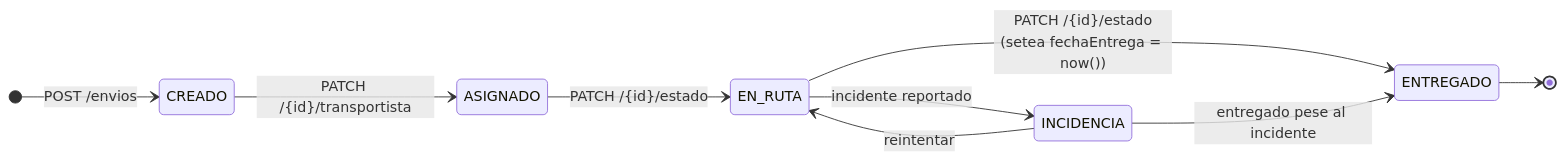
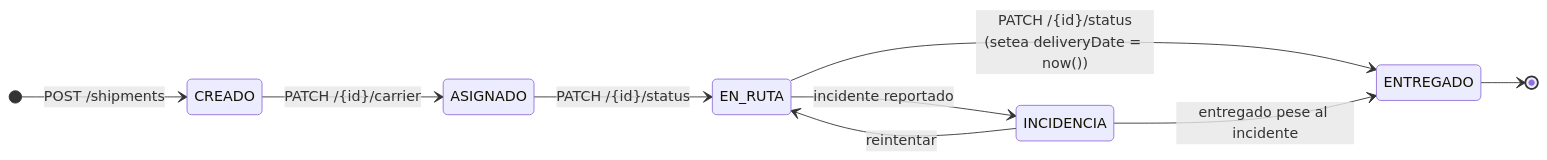
The second of 3 diagrams in backend/ms-shipping/README.md (smartLogixfs/smartlogixs), drawn with Mermaid before and after one commit. The commit also changed other lines of this file and 8 other files, not shown here.

````diff
--- a/backend/ms-shipping/README.md
+++ b/backend/ms-shipping/README.md
@@ -75,12 +95,12 @@
 ```mermaid
 stateDiagram-v2
     direction LR
-    [*] --> CREADO : POST /envios
-    CREADO --> ASIGNADO : PATCH /{id}/transportista
-    ASIGNADO --> EN_RUTA : PATCH /{id}/estado
-    EN_RUTA --> ENTREGADO : PATCH /{id}/estado<br/>(setea fechaEntrega = now())
+    [*] --> CREADO : POST /shipments
+    CREADO --> ASIGNADO : PATCH /{id}/carrier
+    ASIGNADO --> EN_RUTA : PATCH /{id}/status
+    EN_RUTA --> ENTREGADO : PATCH /{id}/status<br/>(setea deliveryDate = now())
     EN_RUTA --> INCIDENCIA : incidente reportado
     INCIDENCIA --> EN_RUTA : reintentar
     INCIDENCIA --> ENTREGADO : entregado pese al incidente
     ENTREGADO --> [*]
 ```
````
